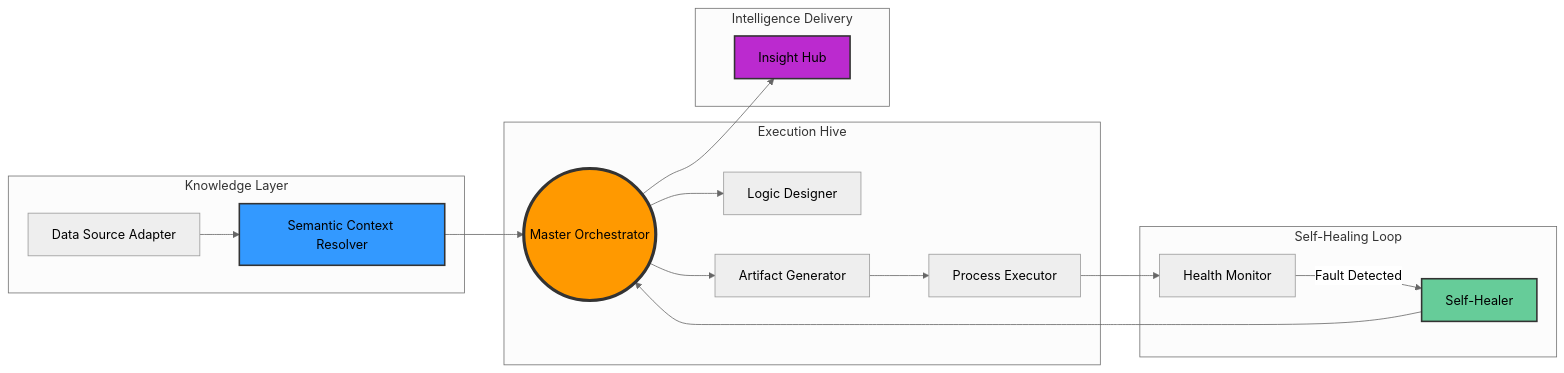
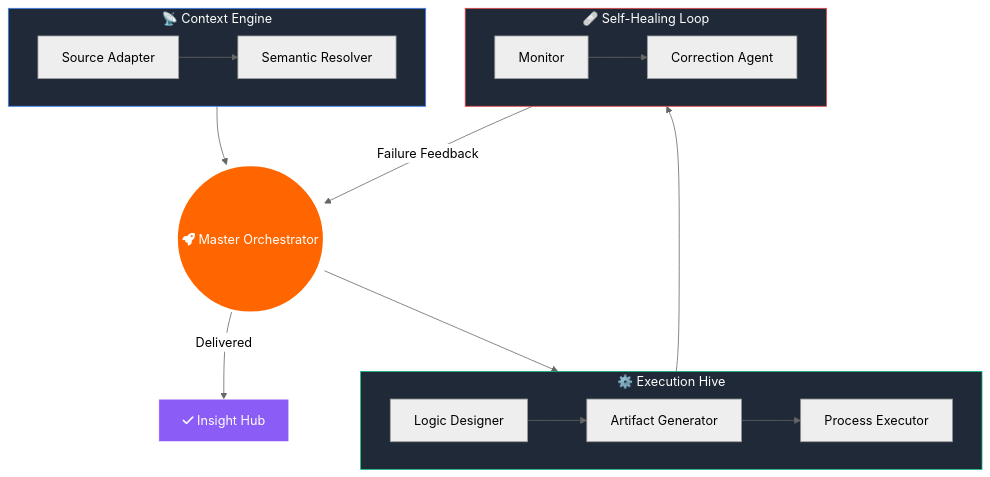
Before and after one commit to Srisrijakka1/Srisrijakka1: the diagram in README.md, drawn with Mermaid (neutral theme). The commit also changed other lines of this file, not shown here.

Commit message:
Master Polish: Redesigned the Agentic Swarm diagram with a high-impact, color-coded top-down flowchart. Successfully purged all score metrics for enhanced professional modesty and privacy. Verified cross-platform visual rendering.

````diff
--- a/README.md
+++ b/README.md
@@ -25,30 +25,33 @@
 ```mermaid
-graph LR
-    subgraph "Knowledge Layer"
-        C1[Data Source Adapter] --> C2[Semantic Context Resolver]
+flowchart TB
+    O((fa:fa-rocket Master Orchestrator))
+    
+    subgraph Context ["📡 Context Engine"]
+        direction LR
+        C1[Source Adapter] --> C2[Semantic Resolver]
     end
 
-    C2 --> O((Master Orchestrator))
-
-    subgraph "Execution Hive"
-        O --> L1[Logic Designer]
-        O --> L2[Artifact Generator]
+    subgraph Logic ["⚙️ Execution Hive"]
+        direction LR
+        L1[Logic Designer] --> L2[Artifact Generator]
         L2 --> E1[Process Executor]
     end
 
-    subgraph "Self-Healing Loop"
-        E1 --> H1[Health Monitor]
-        H1 -- "Fault Detected" --> H2[Self-Healer]
-        H2 --> O
+    subgraph Healing ["🩹 Self-Healing Loop"]
+        direction LR
+        H1[Monitor] --> H2[Correction Agent]
     end
 
-    subgraph "Intelligence Delivery"
-        O --> R1[Insight Hub]
-    end
+    Context --> O
+    O --> Logic
+    Logic --> Healing
+    Healing -- "Failure Feedback" --> O
+    O -- "Delivered" --> R[fa:fa-check Insight Hub]
 
-    %% Styling
-    style O fill:#ff9900,stroke:#333,stroke-width:4px,color:#000
-    style H2 fill:#66cc99,stroke:#333,stroke-width:2px
-    style C2 fill:#3399ff,stroke:#333,stroke-width:2px
-    style R1 fill:#bb2acf,stroke:#333,stroke-width:2px
+    %% Color Scheme
+    style O fill:#ff6600,stroke:#fff,stroke-width:4px,color:#fff
+    style Context fill:#1f2937,stroke:#3b82f6,color:#fff
+    style Logic fill:#1f2937,stroke:#10b981,color:#fff
+    style Healing fill:#1f2937,stroke:#ef4444,color:#fff
+    style R fill:#8b5cf6,stroke:#fff,color:#fff
 ```
````
